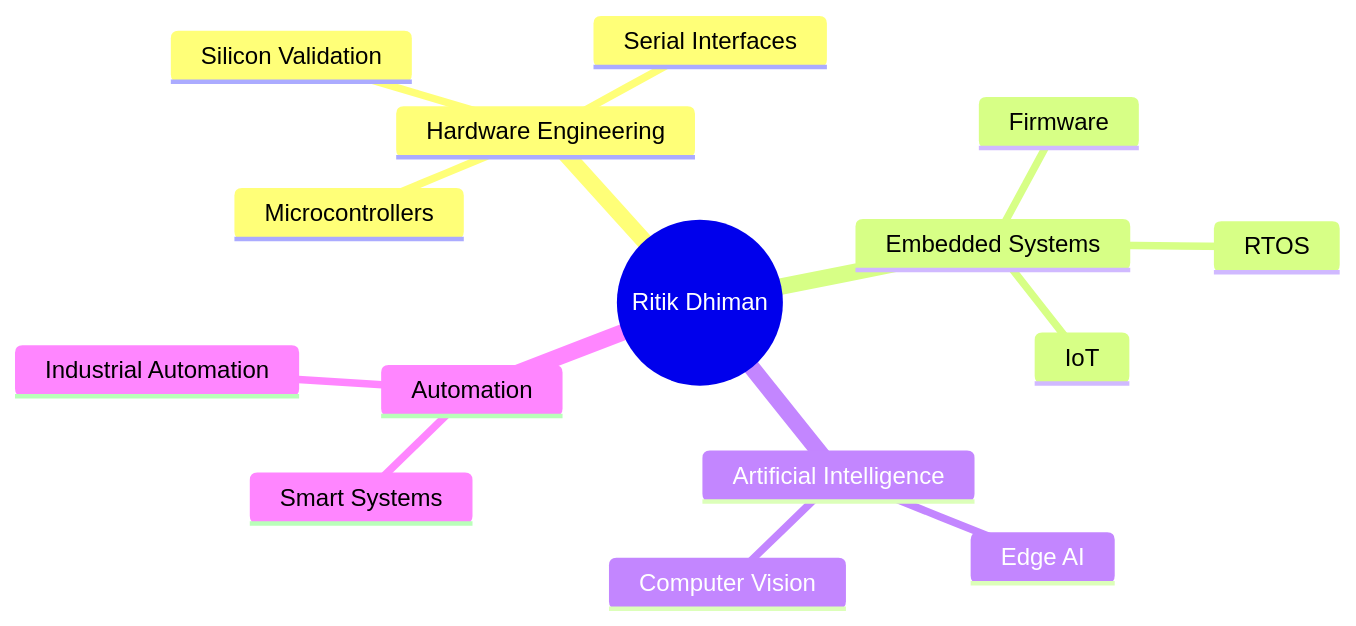
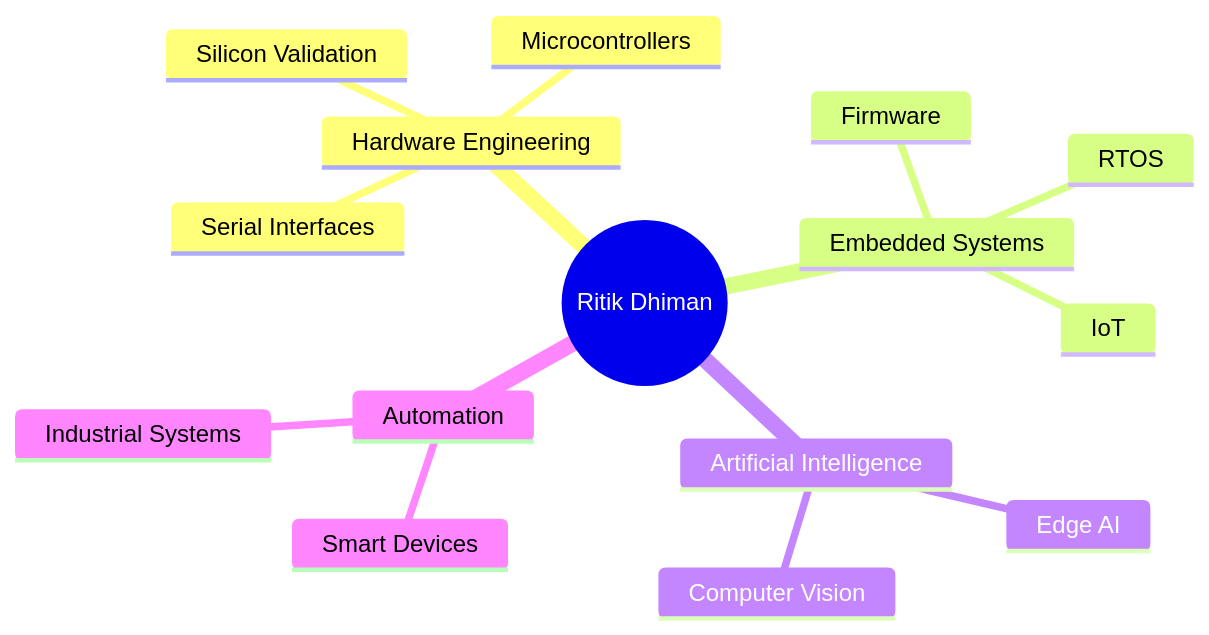
One commit to ritikdh044/ritikdh044 changed the diagram in README.md. Above: the diagram before and after it, drawn with Mermaid. The commit also changed other lines of this file, not shown here.

````diff
--- a/README.md
+++ b/README.md
@@ -87,18 +103,18 @@
 ```mermaid
 mindmap
   root((Ritik Dhiman))
     Hardware Engineering
-      Microcontrollers
       Silicon Validation
       Serial Interfaces
+      Microcontrollers
     Embedded Systems
       Firmware
       RTOS
       IoT
     Artificial Intelligence
       Edge AI
       Computer Vision
     Automation
-      Smart Systems
-      Industrial Automation
+      Smart Devices
+      Industrial Systems
 ```
````
